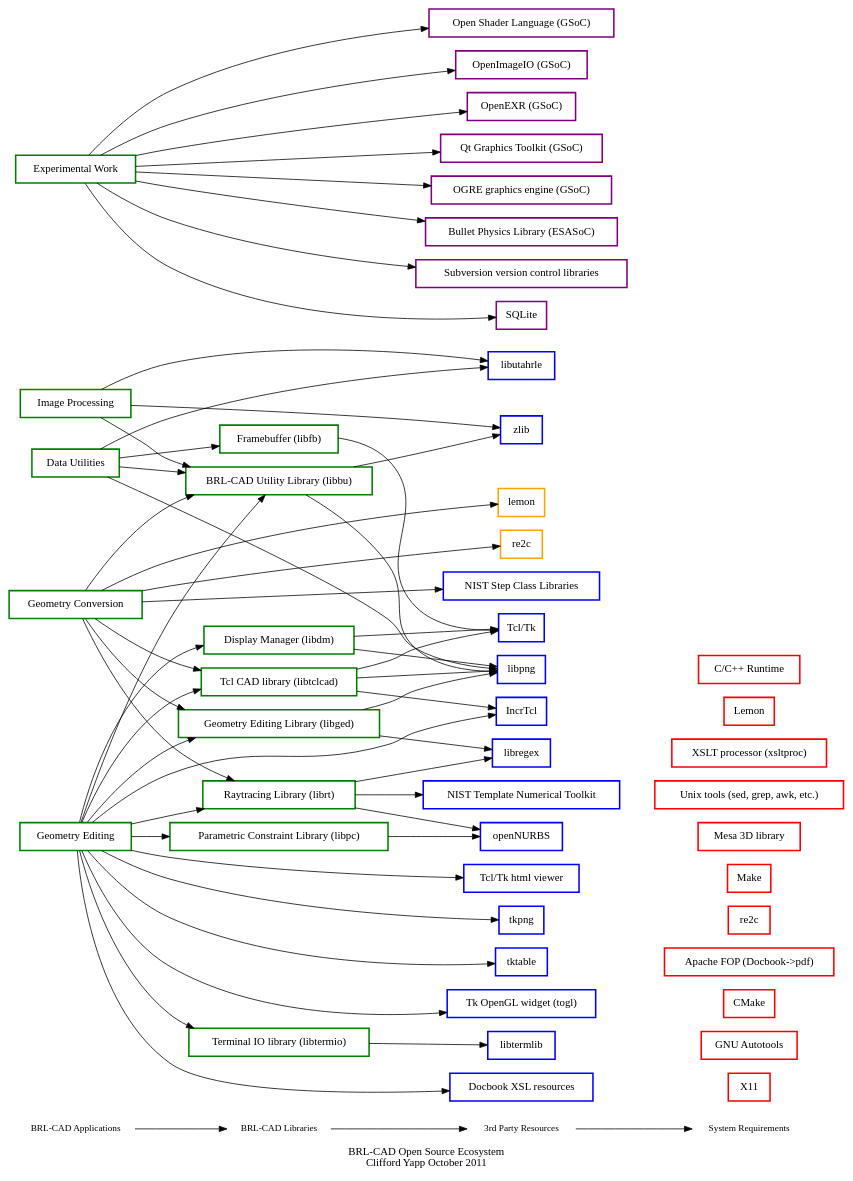
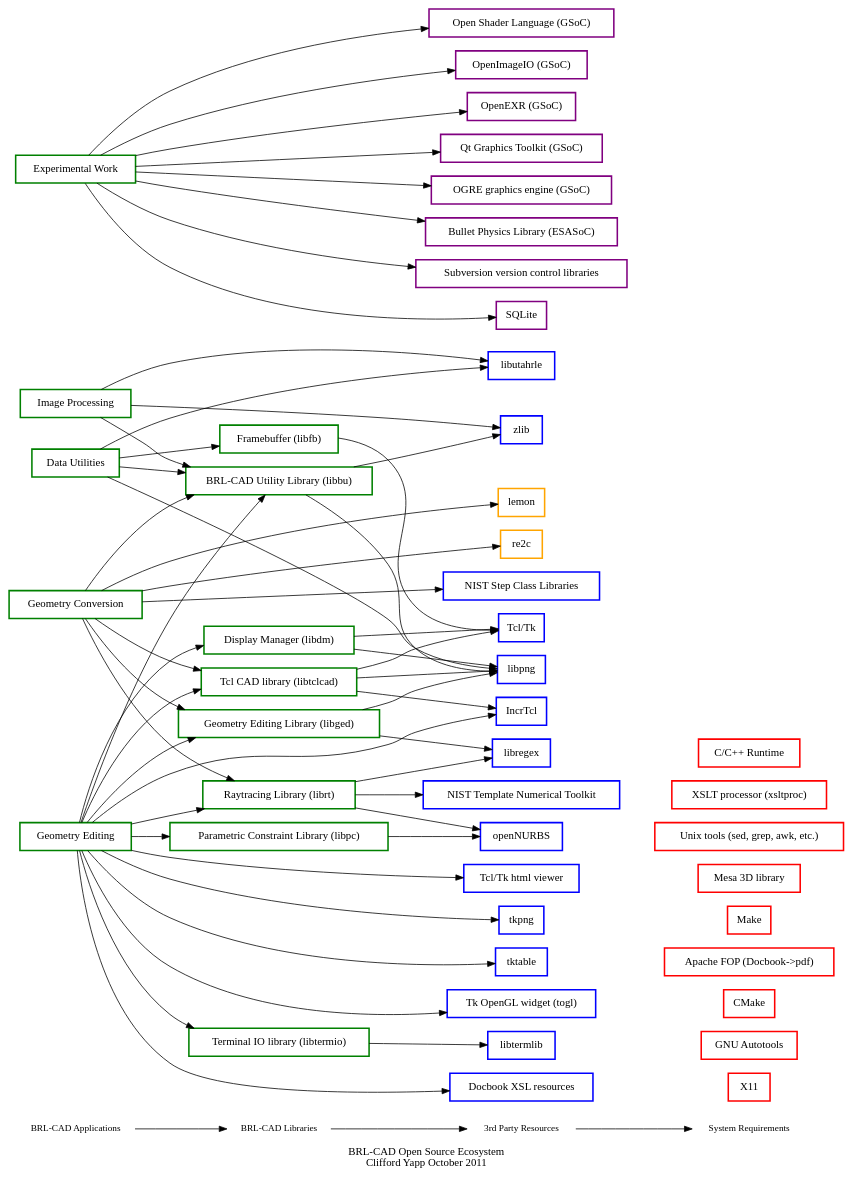
One commit to maths22/brlcad changed the diagram in doc/ecosystem.dot. Above: the diagram before and after it, drawn with Graphviz.

Commit message:
more updates to ecosystem graphviz

```diff
--- a/doc/ecosystem.dot
+++ b/doc/ecosystem.dot
@@ -1,197 +1,195 @@
 /*                   E C O S Y S T E M . D O T
  * BRL-CAD
  *
  * Copyright (c) 2011-2014 United States Government as represented by
  * the U.S. Army Research Laboratory.
  *
  * Redistribution and use in source (Graphviz format) and 'compiled'
  * forms (PDF, PostScript, HTML, RTF, etc.), with or without
  * modification, are permitted provided that the following conditions
  * are met:
  *
  * 1. Redistributions of source code (Docbook format) must retain the
  * above copyright notice, this list of conditions and the following
  * disclaimer.
  *
  * 2. Redistributions in compiled form (transformed to other DTDs,
  * converted to PDF, PostScript, HTML, RTF, and other formats) must
  * reproduce the above copyright notice, this list of conditions and
  * the following disclaimer in the documentation and/or other
  * materials provided with the distribution.
  *
  * 3. The name of the author may not be used to endorse or promote
  * products derived from this documentation without specific prior
  * written permission.
  *
  * THIS DOCUMENTATION IS PROVIDED BY THE AUTHOR AS IS'' AND ANY
  * EXPRESS OR IMPLIED WARRANTIES, INCLUDING, BUT NOT LIMITED TO, THE
  * IMPLIED WARRANTIES OF MERCHANTABILITY AND FITNESS FOR A PARTICULAR
  * PURPOSE ARE DISCLAIMED. IN NO EVENT SHALL THE AUTHOR BE LIABLE FOR
  * ANY DIRECT, INDIRECT, INCIDENTAL, SPECIAL, EXEMPLARY, OR
  * CONSEQUENTIAL DAMAGES (INCLUDING, BUT NOT LIMITED TO, PROCUREMENT
  * OF SUBSTITUTE GOODS OR SERVICES; LOSS OF USE, DATA, OR PROFITS; OR
  * BUSINESS INTERRUPTION) HOWEVER CAUSED AND ON ANY THEORY OF
  * LIABILITY, WHETHER IN CONTRACT, STRICT LIABILITY, OR TORT
  * (INCLUDING NEGLIGENCE OR OTHERWISE) ARISING IN ANY WAY OUT OF THE
  * USE OF THIS DOCUMENTATION, EVEN IF ADVISED OF THE POSSIBILITY OF
  * SUCH DAMAGE.
  */
 
 digraph BRLCADDeps{
 	//overlap=scale
 	rankdir=LR;
 	label="BRL-CAD Open Source Ecosystem\nClifford Yapp October 2011";
 
 	{
 	     node [shape=plaintext, fontsize=12];
 	     "BRL-CAD Applications" -> "BRL-CAD Libraries" -> "3rd Party Resources" -> "System Requirements";
 	};
 
 
 	// Libraries
 
 	tcltk [color = "blue", style = bold, shape = box, label = "Tcl/Tk"];
 	tkhtml [color = "blue", style = bold, shape = box, label = "Tcl/Tk html viewer"];
 	tkpng [color = "blue", style = bold, shape = box, label = "tkpng"];
 	tktable [color = "blue", style = bold, shape = box, label = "tktable"];
 	togl [color = "blue", style = bold, shape = box, label = "Tk OpenGL widget (togl)"];
 	incrTcl [color = "blue", style = bold, shape = box, label = "IncrTcl"];
 
 
 	libpng [color = "blue", style = bold, shape = box, label = "libpng"];
 	libregex [color = "blue", style = bold, shape = box, label = "libregex"];
 	libtermlib [color = "blue", style = bold, shape = box, label = "libtermlib"];
 	libutahrle [color = "blue", style = bold, shape = box, label = "libutahrle"];
 	opennurbs [color = "blue", style = bold, shape = box, label = "openNURBS"];
 	scl [color = "blue", style = bold, shape = box, label = "NIST Step Class Libraries"];
 	tnt [color = "blue", style = bold, shape = box, label = "NIST Template Numerical Toolkit"];
 	xsl [color = "blue", style = bold, shape = box, label = "Docbook XSL resources"];
 	zlib [color = "blue", style = bold, shape = box, label = "zlib"];
 
 	// Tools
 	//re2clemon [color = "orange", style = bold, shape = box, label = "re2c + lemon"];
 	re2c [color = "orange", style = bold, shape = box, label = "re2c"];
 	lemon [color = "orange", style = bold, shape = box, label = "lemon"];
 	//{ rank = same; "3rd Party Resources"; tcltk; tkhtml; tkpng; tktable; togl; incrTcl; libpng; libregex; libtermlib; libutahrle; opennurbs; scl; tnt; xsl; zlib; re2clemon; }
 	{ rank = same; "3rd Party Resources"; tcltk; tkhtml; tkpng; tktable; togl; incrTcl; libpng; libregex; libtermlib; libutahrle; opennurbs; scl; tnt; xsl; zlib; re2c; lemon; }
 	// GSoC
 	osl [color = "purple", style = bold, shape = box, label = "Open Shader Language (GSoC)"];
 	oiio [color = "purple", style = bold, shape = box, label = "OpenImageIO (GSoC)"];
 	openexr [color = "purple", style = bold, shape = box, label = "OpenEXR (GSoC)"];
 	qt [color = "purple", style = bold, shape = box, label = "Qt Graphics Toolkit (GSoC)"];
 	ogre3d [color = "purple", style = bold, shape = box, label = "OGRE graphics engine (GSoC)"];
 	bullet [color = "purple", style = bold, shape = box, label = "Bullet Physics Library (ESASoC)"];
 
 	{ rank = same; "3rd Party Resources"; bullet; osl; oiio; openexr; qt; ogre3d; }
 
 	// GeomCore only
 	subversion [color = "purple", style = bold, shape = box, label = "Subversion version control libraries"];
 	//apr [color = "purple", style = bold, shape = box, label = "Apache Portable Runtime"];
 	//uuid [color = "purple", style = bold, shape = box, label = "Universally Unique Identifiers (OSSP uuid)"];
 	sqlite [color = "purple", style = bold, shape = box, label = "SQLite"];
 
 	{ rank = same; "3rd Party Resources"; subversion; sqlite; }
 
 	// System (not bundled)
 	X11 [color = "red", style = bold, shape = box, label = "X11"];
 	autotools [color = "red", style = bold, shape = box, label = "GNU Autotools"];
 	cmake [color = "red", style = bold, shape = box, label = "CMake"];
 	fop [color = "red", style = bold, shape = box, label = "Apache FOP (Docbook->pdf)"];
-	lex [color = "red", style = bold, shape = box, label = "re2c"];
 	make [color = "red", style = bold, shape = box, label = "Make"];
 	mesa [color = "red", style = bold, shape = box, label = "Mesa 3D library"];
 	unixtools [color = "red", style = bold, shape = box, label = "Unix tools (sed, grep, awk, etc.)"];
 	xsltproc [color = "red", style = bold, shape = box, label = "XSLT processor (xsltproc)"];
-	yacc [color = "red", style = bold, shape = box, label = "Lemon"];
 	crun [color = "red", style = bold, shape = box, label = "C/C++ Runtime"];
 
-	{ rank = same; "System Requirements"; X11; autotools; cmake; crun; fop; lex; make; mesa; unixtools; xsltproc; yacc; }
+	{ rank = same; "System Requirements"; X11; autotools; cmake; crun; fop; make; mesa; unixtools; xsltproc; }
 
 	// BRL-CAD components
 	libbu [color = "green", style = bold, shape = box, label = "BRL-CAD Utility Library (libbu)"];
 	libpc [color = "green", style = bold, shape = box, label = "Parametric Constraint Library (libpc)"];
 	librt [color = "green", style = bold, shape = box, label = "Raytracing Library (librt)"];
 	libdm [color = "green", style = bold, shape = box, label = "Display Manager (libdm)"];
 	libfb [color = "green", style = bold, shape = box, label = "Framebuffer (libfb)"];
 	libged [color = "green", style = bold, shape = box, label = "Geometry Editing Library (libged)"];
 	libtclcad [color = "green", style = bold, shape = box, label = "Tcl CAD library (libtclcad)"];
 	libtermio [color = "green", style = bold, shape = box, label = "Terminal IO library (libtermio)"];
 
 	{ rank = same; "BRL-CAD Libraries"; libbu; libpc; librt; libdm; libged; libtclcad; libtermio; }
 
 	// BRL-CAD Application Categories
 	geomedit [color = "green", style = bold, shape = box, label = "Geometry Editing"];
 	geomconv [color = "green", style = bold, shape = box, label = "Geometry Conversion"];
 	datautil [color = "green", style = bold, shape = box, label = "Data Utilities"];
 	imageproc [color = "green", style = bold, shape = box, label = "Image Processing"];
 	experimental [color = "green", style = bold, shape = box, label = "Experimental Work"];
 
 	{ rank = same; "BRL-CAD Applications"; geomedit; geomconv; datautil; imageproc; experimental; }
 
 
 	/* Relationships */
 
 	libbu -> libpng;
 	libbu -> zlib;
 
 	libpc -> opennurbs;
 
 	librt -> libregex;
 	librt -> tnt;
 	librt -> opennurbs;
 
 	libdm -> tcltk;
 	libdm -> libpng;
 
 	libfb -> tcltk;
 
 	libged -> libregex;
 	libged -> libpng;
 
 	libtclcad -> tcltk;
 	libtclcad -> incrTcl;
 	libtclcad -> libpng;
 
 	libtermio -> libtermlib;
 
 	experimental -> osl;
 	experimental -> oiio;
 	experimental -> openexr;
 	experimental -> qt;
 	experimental -> ogre3d;
 	experimental -> sqlite;
 	experimental -> subversion;
 	experimental -> bullet;
 
 	geomedit -> libbu;
 	geomedit -> libpc;
 	geomedit -> librt;
 	geomedit -> libdm;
 	geomedit -> libged;
 	geomedit -> libtclcad;
 	geomedit -> libtermio;
 	geomedit -> tkhtml;
 	geomedit -> tkpng;
 	geomedit -> tktable;
 	geomedit -> togl;
 	geomedit -> incrTcl;
 	geomedit -> xsl;
 	geomconv -> libbu;
 	geomconv -> librt;
 	geomconv -> libtclcad;
 	geomconv -> libged;
 	geomconv -> scl;
 	geomconv -> lemon;
 	geomconv -> re2c;
 
 	datautil -> libbu;
 	datautil -> libfb;
 	datautil -> libpng;
 	datautil -> libutahrle;
 
 	imageproc -> libbu;
 	imageproc -> libutahrle;
 	imageproc -> zlib;
 
 
 }
```
